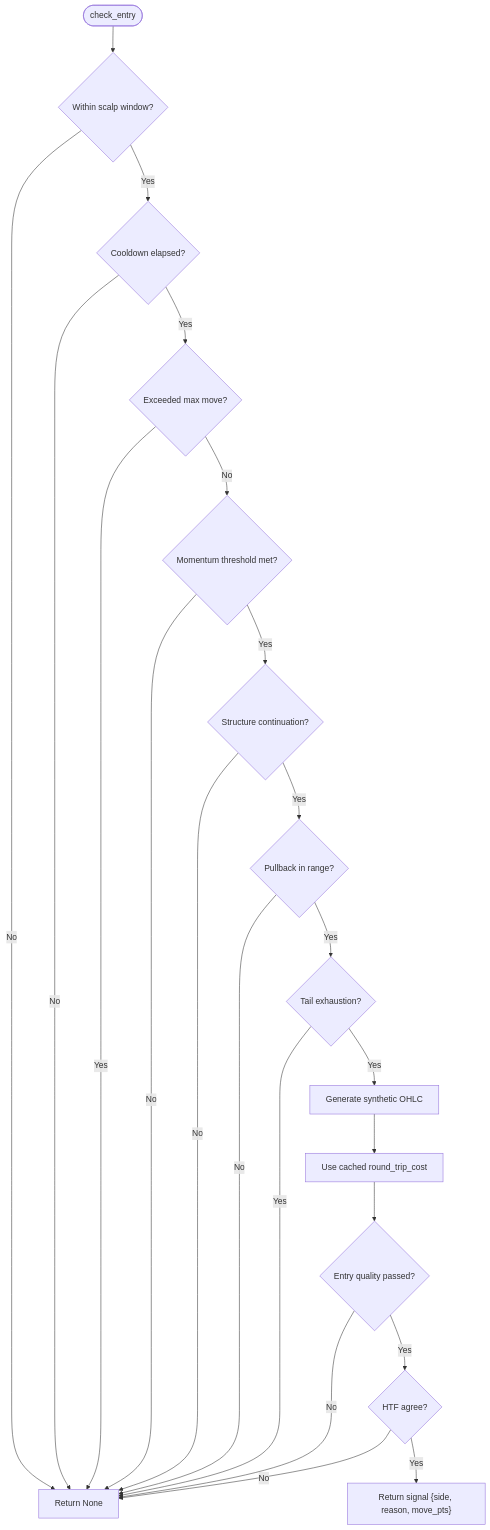
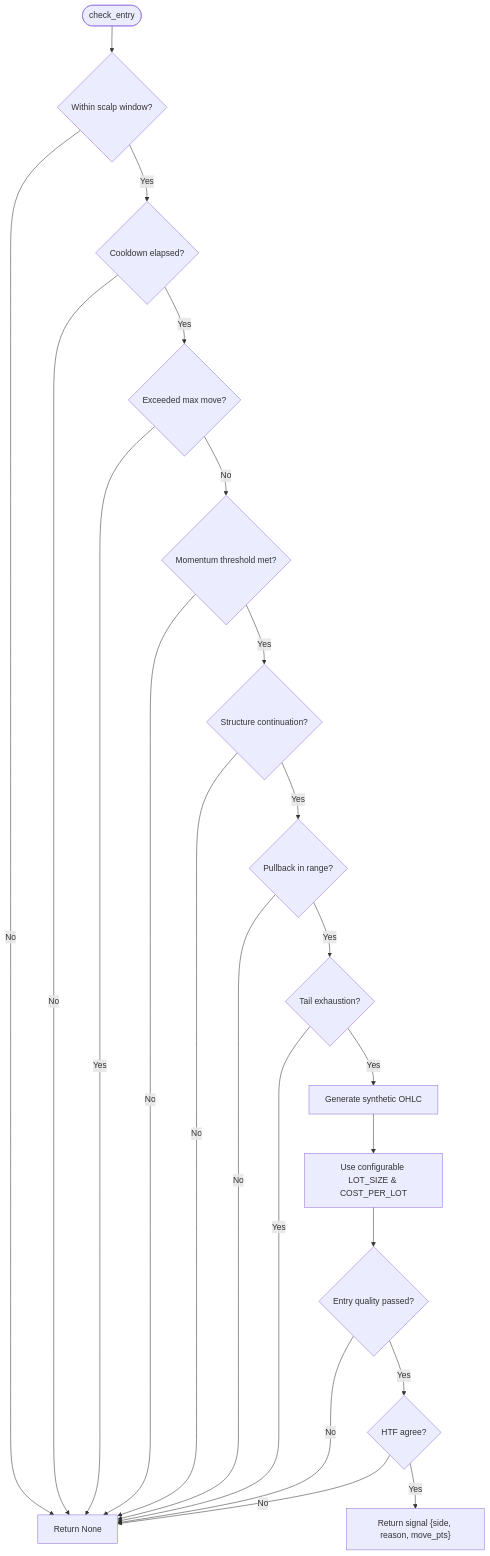
The third of 11 diagrams in .qoder/repowiki/en/content/Core Trading Engine/Scalping Strategy Engine.md (tauqeersiddiqui-art/tradingsystem), drawn with Mermaid before and after one commit. The commit also changed other lines of this file and 63 other files, not shown here.

````diff
--- a/.qoder/repowiki/en/content/Core Trading Engine/Scalping Strategy Engine.md
+++ b/.qoder/repowiki/en/content/Core Trading Engine/Scalping Strategy Engine.md
@@ -174,24 +174,24 @@
 ```mermaid
 flowchart TD
 Start(["check_entry"]) --> TimeGate{"Within scalp window?"}
 TimeGate --> |No| EndNone["Return None"]
 TimeGate --> |Yes| Cooldown{"Cooldown elapsed?"}
 Cooldown --> |No| EndNone
 Cooldown --> |Yes| Exhaust{"Exceeded max move?"}
 Exhaust --> |Yes| EndNone
 Exhaust --> |No| Mom{"Momentum threshold met?"}
 Mom --> |No| EndNone
 Mom --> |Yes| Structure{"Structure continuation?"}
 Structure --> |No| EndNone
 Structure --> |Yes| Pullback{"Pullback in range?"}
 Pullback --> |No| EndNone
 Pullback --> |Yes| Tail{"Tail exhaustion?"}
 Tail --> |Yes| EndNone
 Tail --> |Yes| Synthetic["Generate synthetic OHLC"]
-Synthetic --> Cost["Use cached round_trip_cost"]
+Synthetic --> Cost["Use configurable LOT_SIZE & COST_PER_LOT"]
 Cost --> Quality{"Entry quality passed?"}
 Quality --> |No| EndNone
 Quality --> |Yes| HTF{"HTF agree?"}
 HTF --> |No| EndNone
 HTF --> |Yes| Signal["Return signal {side, reason, move_pts}"]
 ```
````
